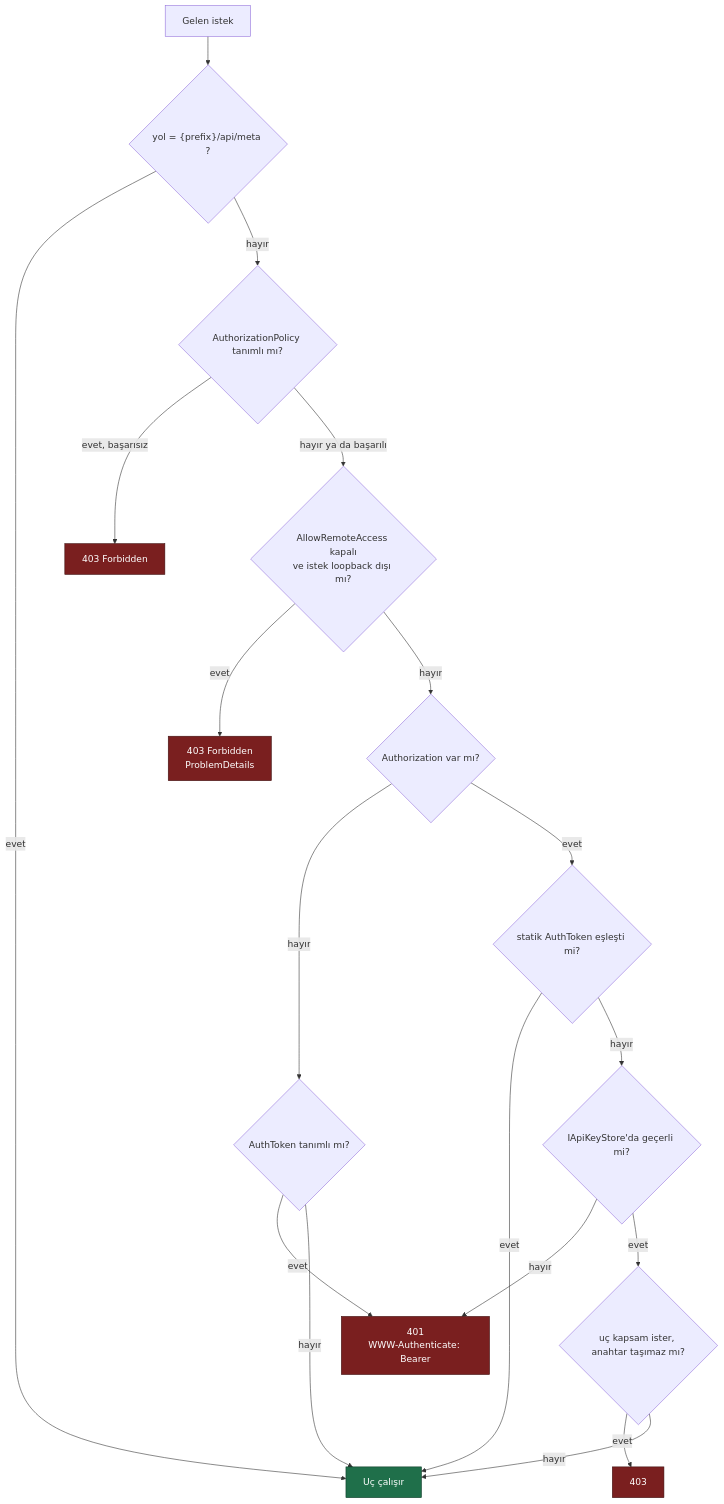
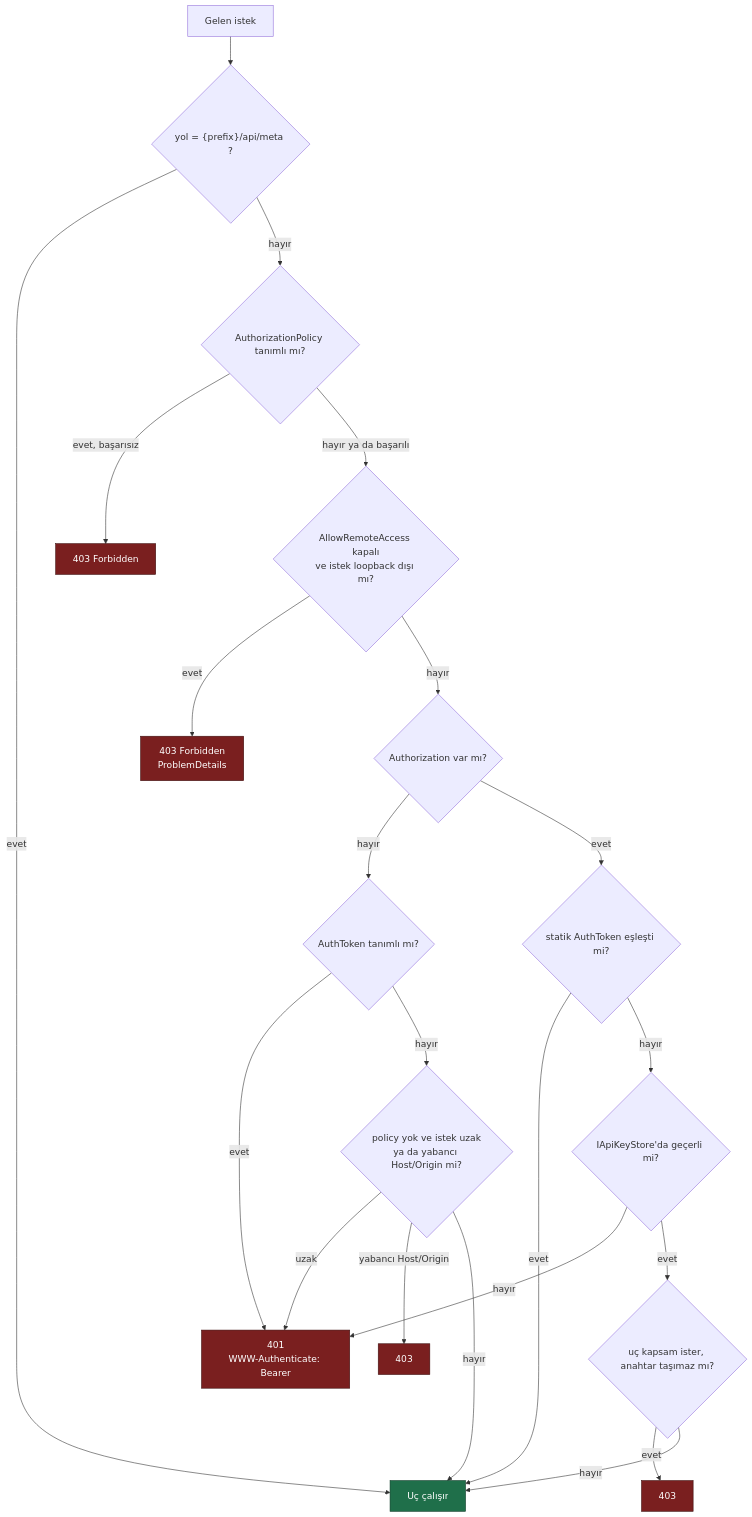
The first of 2 diagrams in docs/MIMARI-GUVENLIK.md (farukatasoy/Tracon), drawn with Mermaid before and after one commit. The commit also changed other lines of this file and 60 other files, not shown here.

````diff
--- a/docs/MIMARI-GUVENLIK.md
+++ b/docs/MIMARI-GUVENLIK.md
@@ -11,25 +11,28 @@
 ```mermaid
 flowchart TD
     REQ["Gelen istek"] --> META{"yol = {prefix}/api/meta ?"}
     META -->|evet| OK["Uç çalışır"]
     META -->|hayır| POL{"AuthorizationPolicy tanımlı mı?"}
     POL -->|evet, başarısız| F403["403 Forbidden"]
     POL -->|"hayır ya da başarılı"| LB{"AllowRemoteAccess kapalı<br/>ve istek loopback dışı mı?"}
     LB -->|evet| F403b["403 Forbidden<br/>ProblemDetails"]
     LB -->|hayır| HDR{"Authorization var mı?"}
     HDR -->|hayır| TOKU{"AuthToken tanımlı mı?"}
     TOKU -->|evet| F401["401<br/>WWW-Authenticate: Bearer"]
-    TOKU -->|hayır| OK
+    TOKU -->|hayır| ANON{"policy yok ve istek uzak<br/>ya da yabancı Host/Origin mi?"}
+    ANON -->|uzak| F401
+    ANON -->|"yabancı Host/Origin"| F403d["403"]
+    ANON -->|hayır| OK
     HDR -->|evet| TOK{"statik AuthToken eşleşti mi?"}
     TOK -->|evet| OK
     TOK -->|hayır| KEY{"IApiKeyStore'da geçerli mi?"}
     KEY -->|hayır| F401
     KEY -->|evet| SC{"uç kapsam ister, anahtar taşımaz mı?"}
     SC -->|evet| F403c["403"]
     SC -->|hayır| OK
 
     classDef red fill:#7a1f1f,stroke:#3d0f0f,color:#ffffff
     classDef green fill:#1f6f4a,stroke:#0d3b27,color:#ffffff
-    class F403,F403b,F401,F403c red
+    class F403,F403b,F401,F403c,F403d red
     class OK green
 ```
````
